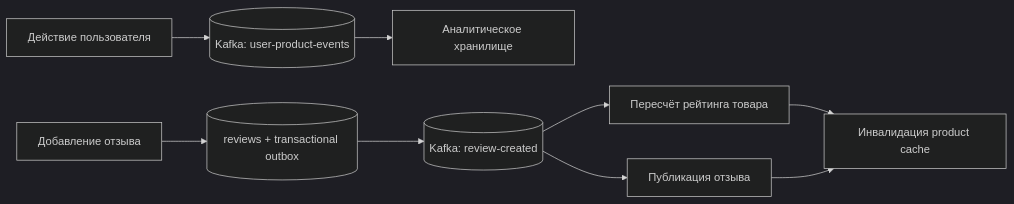
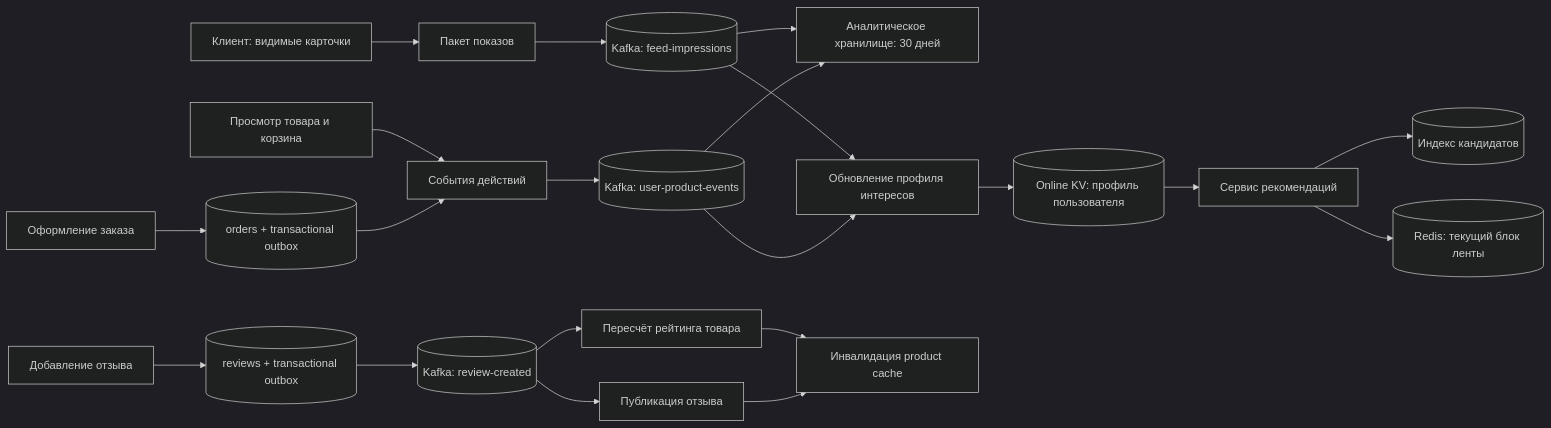
The fourth of 6 diagrams in README.md (amklimenkov752/tp_highload_2026), drawn with Mermaid (dark theme) before and after one commit. The commit also changed other lines of this file, not shown here.

````diff
--- a/README.md
+++ b/README.md
@@ -798,12 +823,24 @@
 ```mermaid
 flowchart LR
-    A[Действие пользователя] --> E[(Kafka: user-product-events)]
-    E --> AN[Аналитическое хранилище]
+    UI[Клиент: видимые карточки] --> TE[Пакет показов]
+    A[Просмотр товара и корзина] --> UE[События действий]
+    O[Оформление заказа] --> OB[(orders + transactional outbox)]
+    OB --> UE
+    TE --> E[(Kafka: feed-impressions)]
+    UE --> EV[(Kafka: user-product-events)]
+    E --> AN[Аналитическое хранилище: 30 дней]
+    EV --> AN
+    E --> FC[Обновление профиля интересов]
+    EV --> FC
+    FC --> KV[(Online KV: профиль пользователя)]
+    KV --> RS[Сервис рекомендаций]
+    RS --> FI[(Индекс кандидатов)]
+    RS --> FE[(Redis: текущий блок ленты)]
 
     R[Добавление отзыва] --> DB[(reviews + transactional outbox)]
     DB --> RE[(Kafka: review-created)]
     RE --> RC[Пересчёт рейтинга товара]
     RE --> RP[Публикация отзыва]
     RC --> PC[Инвалидация product cache]
     RP --> PC
 ```
````
